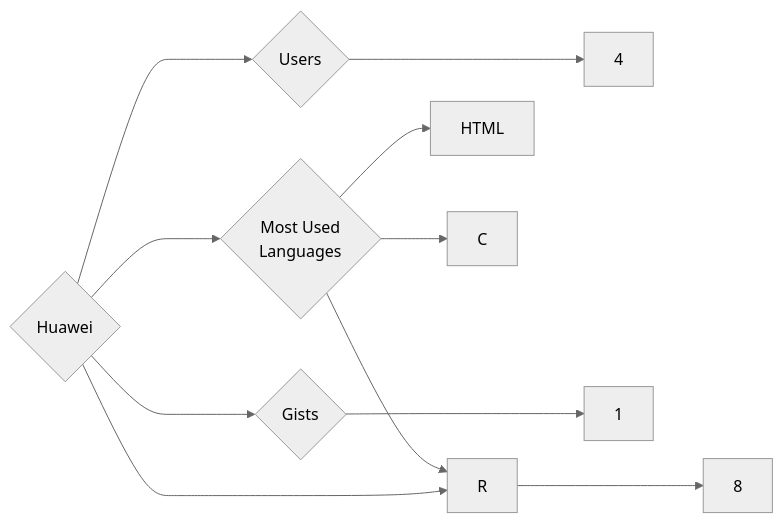
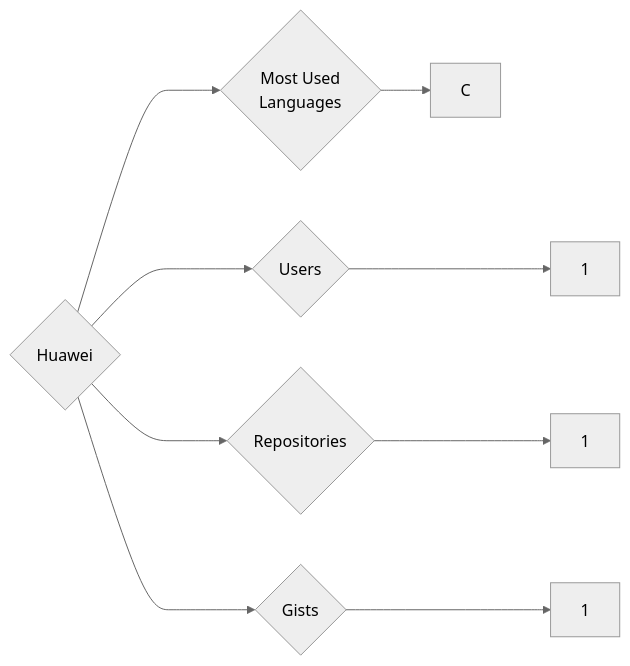
The diagram in targets/Huawei/README.md (trickest/insiders), drawn with Mermaid (neutral theme) before and after one commit. The commit also changed 559 other files, not shown here.

````diff
--- a/targets/Huawei/README.md
+++ b/targets/Huawei/README.md
@@ -3,11 +3,9 @@
 ```mermaid
 graph LR
 COMPANY_NAME{Huawei}
-COMPANY_NAME ---> U{Users} ---> UN[4]
-COMPANY_NAME ---> R{Repositories} ---> RN[8]
+COMPANY_NAME ---> U{Users} ---> UN[1]
+COMPANY_NAME ---> R{Repositories} ---> RN[1]
 COMPANY_NAME ---> G{Gists} ---> GN[1]
 COMPANY_NAME ---> ML{Most Used<br>Languages}
-ML --> HTML[HTML]
-ML --> R[R]
 ML --> C[C]
 ```
````
